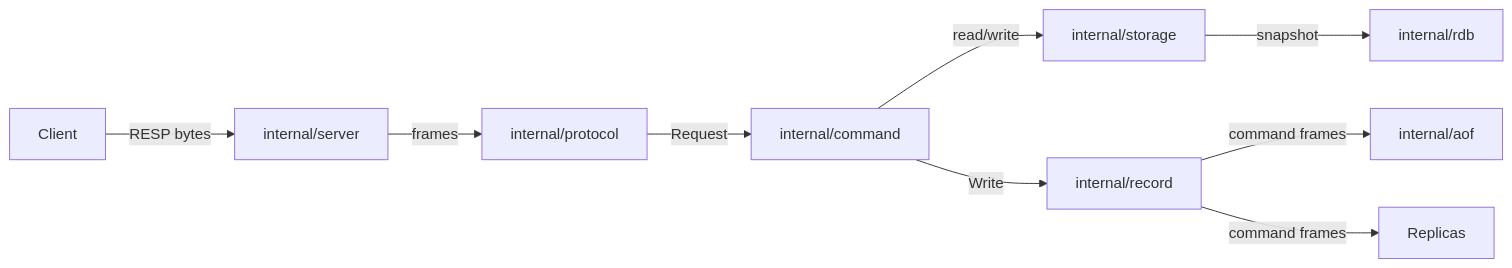
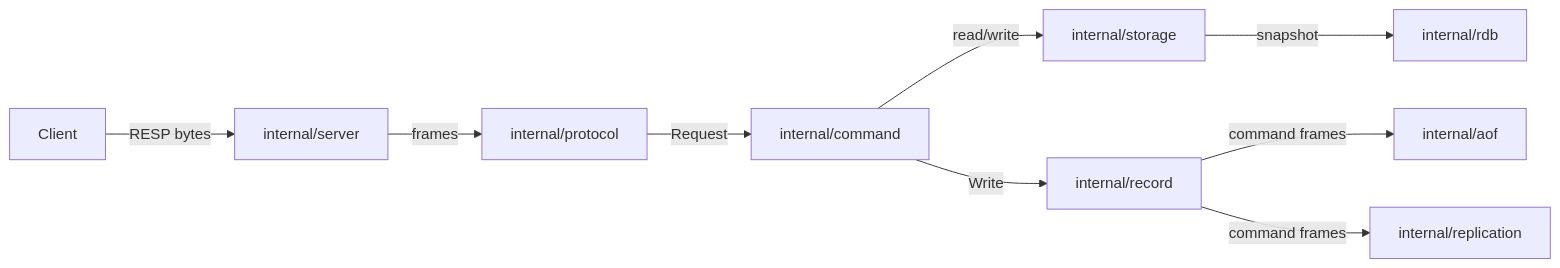
Before and after one commit to maltemindedal/stash: the diagram in docs/architecture/overview.md, drawn with Mermaid. The commit also changed other lines of this file and 25 other files, not shown here.

````diff
--- a/docs/architecture/overview.md
+++ b/docs/architecture/overview.md
@@ -7,11 +7,11 @@
 ```mermaid
 flowchart LR
     C[Client] -->|RESP bytes| S[internal/server]
     S -->|frames| P[internal/protocol]
     P -->|Request| X[internal/command]
     X -->|read/write| ST[internal/storage]
     X -->|Write| REC[internal/record]
     REC -->|command frames| A[internal/aof]
-    REC -->|command frames| R[Replicas]
+    REC -->|command frames| R[internal/replication]
     ST -->|snapshot| D[internal/rdb]
 ```
````
